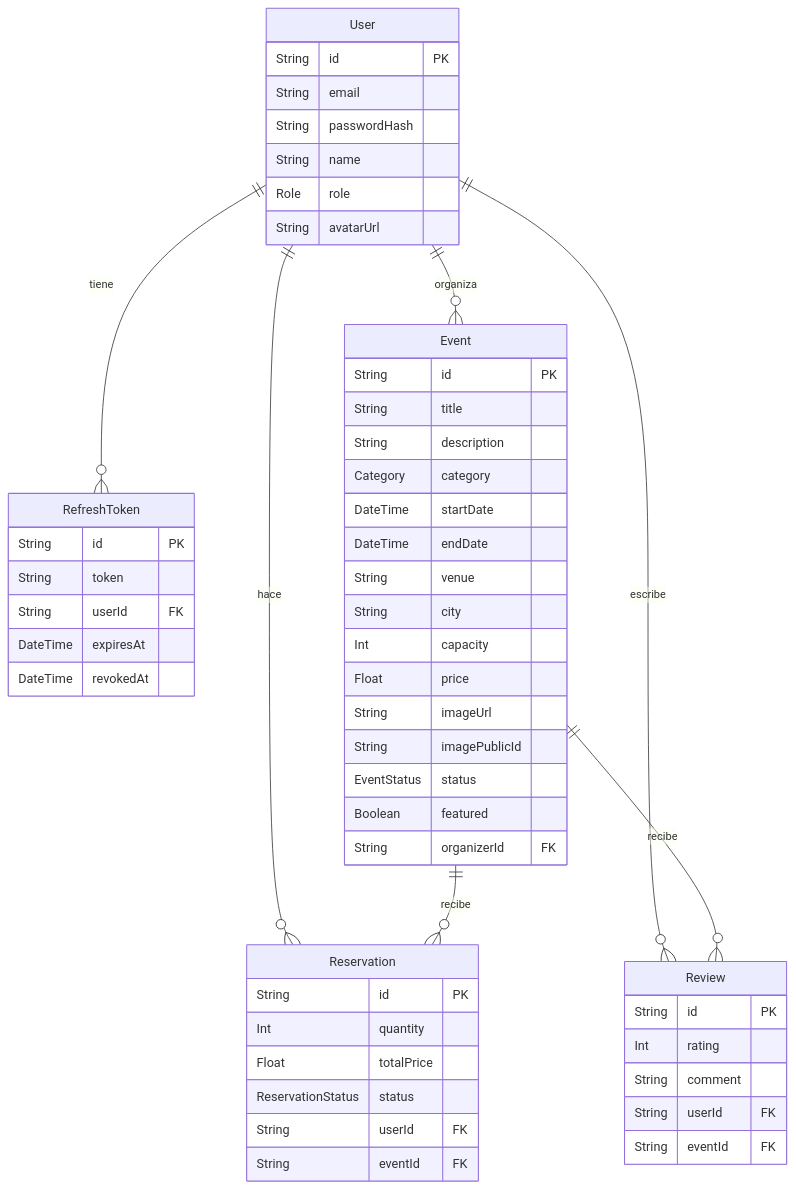
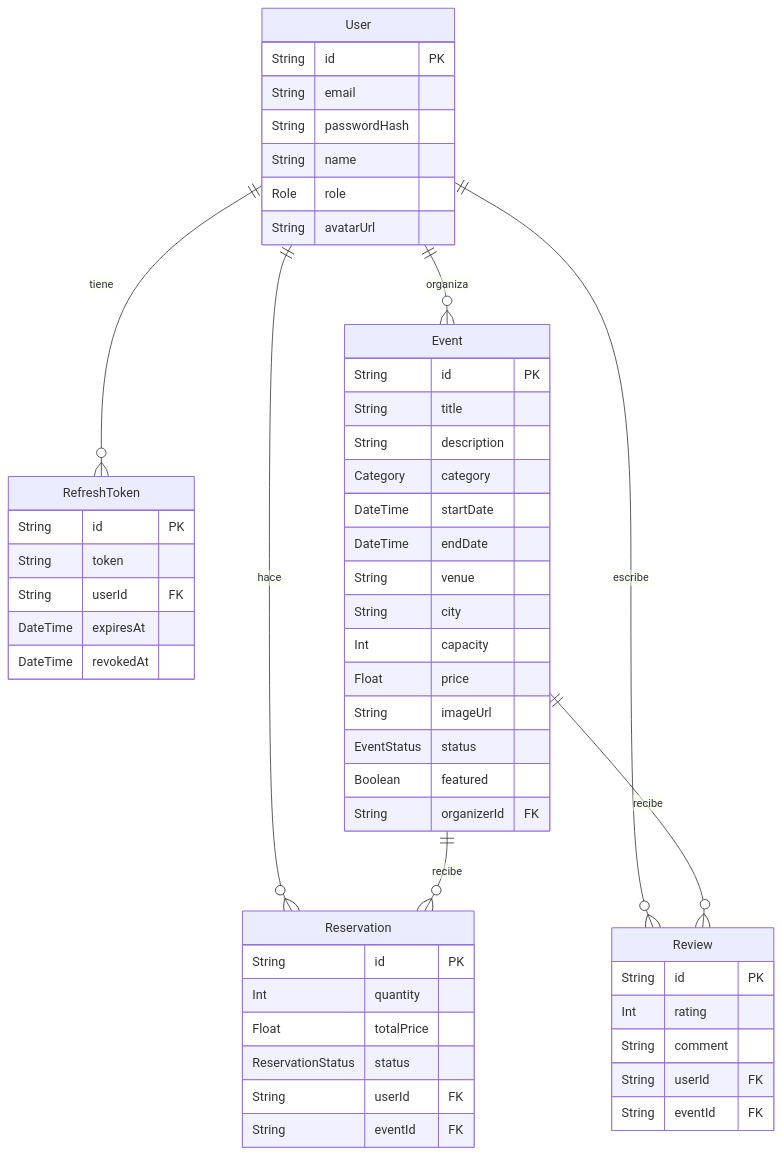
The third of 3 diagrams in docs/architecture.md (BorjaZG/Convoca), drawn with Mermaid before and after one commit. The commit also changed other lines of this file and 27 other files, not shown here.

````diff
--- a/docs/architecture.md
+++ b/docs/architecture.md
@@ -168,57 +155,56 @@
 ```mermaid
 erDiagram
     User {
         String id PK
         String email
         String passwordHash
         String name
         Role role
         String avatarUrl
     }
     RefreshToken {
         String id PK
         String token
         String userId FK
         DateTime expiresAt
         DateTime revokedAt
     }
     Event {
         String id PK
         String title
         String description
         Category category
         DateTime startDate
         DateTime endDate
         String venue
         String city
         Int capacity
         Float price
         String imageUrl
-        String imagePublicId
         EventStatus status
         Boolean featured
         String organizerId FK
     }
     Reservation {
         String id PK
         Int quantity
         Float totalPrice
         ReservationStatus status
         String userId FK
         String eventId FK
     }
     Review {
         String id PK
         Int rating
         String comment
         String userId FK
         String eventId FK
     }
 
     User ||--o{ RefreshToken : "tiene"
     User ||--o{ Event : "organiza"
     User ||--o{ Reservation : "hace"
     User ||--o{ Review : "escribe"
     Event ||--o{ Reservation : "recibe"
     Event ||--o{ Review : "recibe"
 ```
````
